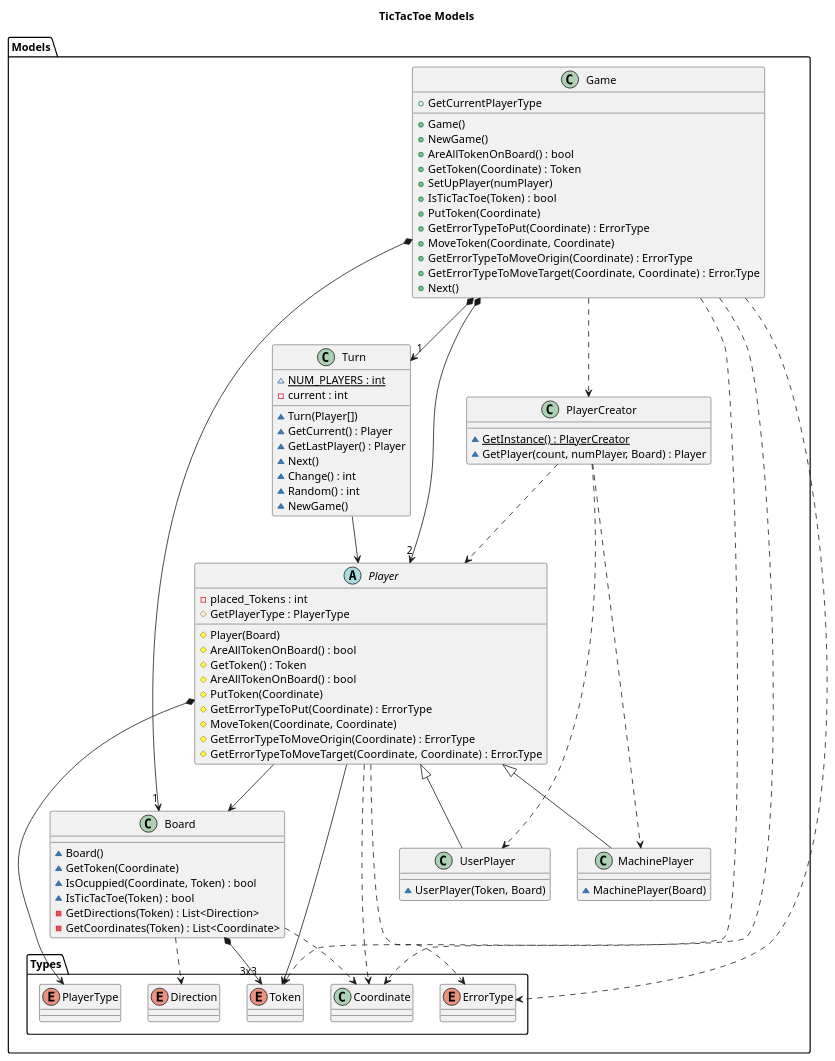
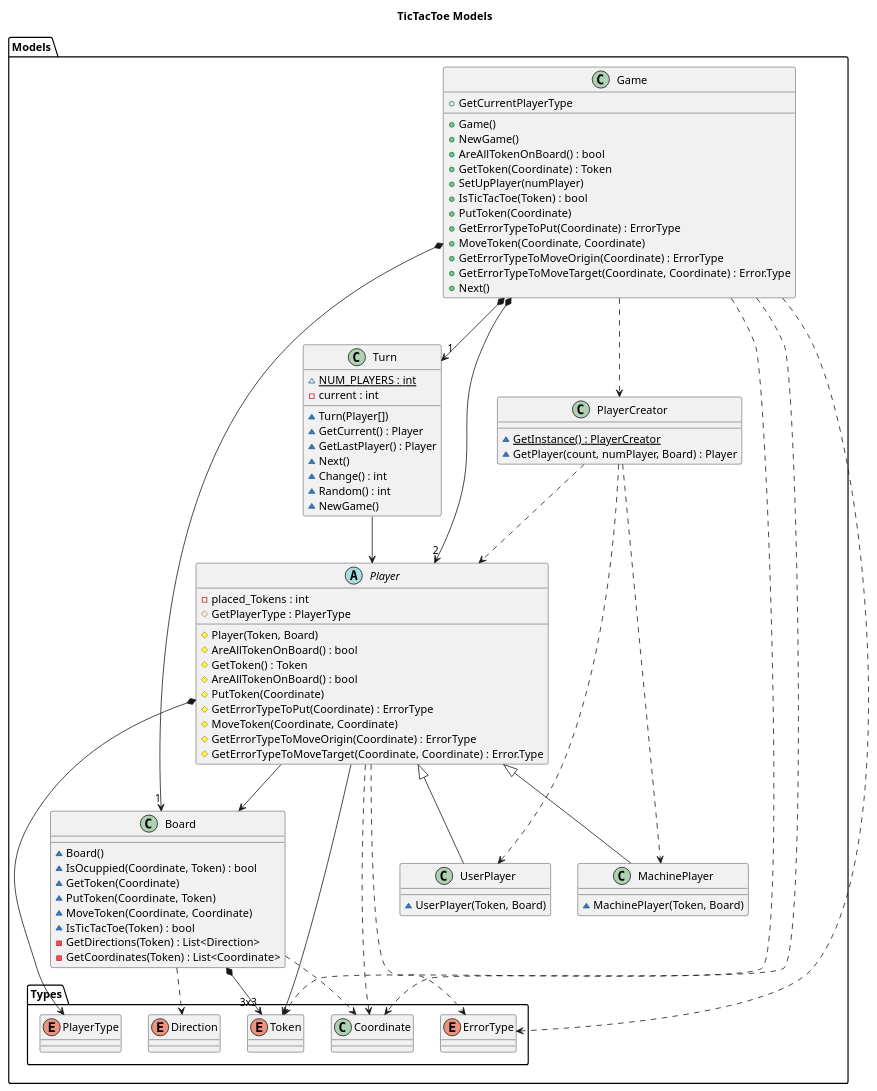
The diagram in src/TicTacToe/DocumentView/Basic/Docs/TicTacToeModels.plantuml (franpaulinoinfante/MasterSoftwareDevelopment), drawn with PlantUML before and after one commit. The commit also changed 21 other files, not shown here.

```diff
--- a/src/TicTacToe/DocumentView/Basic/Docs/TicTacToeModels.plantuml
+++ b/src/TicTacToe/DocumentView/Basic/Docs/TicTacToeModels.plantuml
@@ -1,96 +1,96 @@
 @startuml TicTacToeModels
 title TicTacToe Models
 namespace Models{
     class Game{
         +Game()
         +GetCurrentPlayerType
         +NewGame()
         +AreAllTokenOnBoard() : bool
         +GetToken(Coordinate) : Token
         +SetUpPlayer(numPlayer)
         +IsTicTacToe(Token) : bool
         +PutToken(Coordinate)
         +GetErrorTypeToPut(Coordinate) : ErrorType
         +MoveToken(Coordinate, Coordinate)
         +GetErrorTypeToMoveOrigin(Coordinate) : ErrorType
         +GetErrorTypeToMoveTarget(Coordinate, Coordinate) : Error.Type
         +Next()
     }
     Game *--> "1" Board
     Game *--> "2" Player
     Game *--> "1" Turn
     Game ..> Types.Token
     Game ..> Types.Coordinate
     Game ..> Types.ErrorType
     Game ..> PlayerCreator
 
     class Turn {
         ~{static} NUM_PLAYERS : int
         -current : int
         ~Turn(Player[])
         ~GetCurrent() : Player
         ~GetLastPlayer() : Player
         ~Next()
         ~Change() : int
         ~Random() : int
         ~NewGame() 
     }
     Turn --> Player
 
     abstract Player{
         -placed_Tokens : int
-        #Player(Board)
+        #Player(Token, Board)
         #AreAllTokenOnBoard() : bool
         #GetToken() : Token
         #GetPlayerType : PlayerType
         #AreAllTokenOnBoard() : bool
         #PutToken(Coordinate)
         #GetErrorTypeToPut(Coordinate) : ErrorType
         #MoveToken(Coordinate, Coordinate)
         #GetErrorTypeToMoveOrigin(Coordinate) : ErrorType
         #GetErrorTypeToMoveTarget(Coordinate, Coordinate) : Error.Type
     }
     Player --> Types.Token
     Player --> Board
     Player *--> Types.PlayerType
     Player <|-- UserPlayer
     Player <|-- MachinePlayer
     Player ..> Types.Coordinate
     Player ..> Types.ErrorType
 
     class UserPlayer{
         ~UserPlayer(Token, Board)
     }
 
     class MachinePlayer{
-        ~MachinePlayer(Board)
+        ~MachinePlayer(Token, Board)
     }
 
     class PlayerCreator{
         ~{static} GetInstance() : PlayerCreator
         ~GetPlayer(count, numPlayer, Board) : Player
     }
     PlayerCreator ..> Player
     PlayerCreator ..> UserPlayer
     PlayerCreator ..> MachinePlayer
 
     class Board{
         ~Board()
+        ~IsOcuppied(Coordinate, Token) : bool
         ~GetToken(Coordinate)
-        ~IsOcuppied(Coordinate, Token) : bool
+        ~PutToken(Coordinate, Token)
+        ~MoveToken(Coordinate, Coordinate)
         ~IsTicTacToe(Token) : bool
         -GetDirections(Token) : List<Direction>
         -GetCoordinates(Token) : List<Coordinate>
     }
     Board *--> "3x3" Types.Token
     Board ..> Types.Coordinate
     Board ..> Types.Direction
     
-
     enum Types.ErrorType {}
     enum Types.Token{}
     enum Types.Direction
     enum Types.PlayerType
-
 }
 @enduml
```
